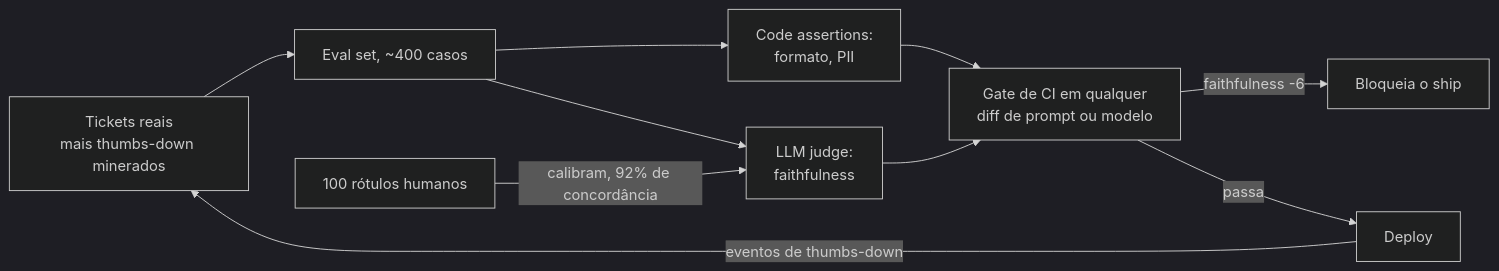
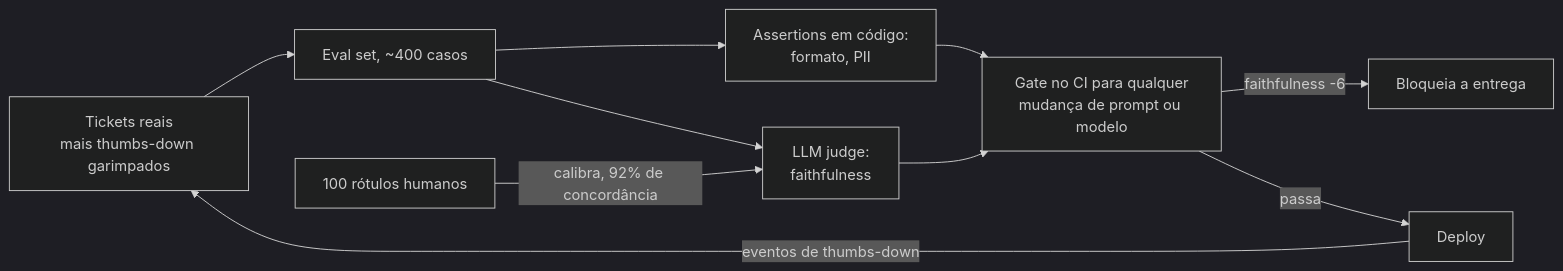
The first of 13 diagrams in 13-interview-process-and-behavioral/questions.pt-BR.md (andrevberaldo/AI-Engineer-Interview-Questions), drawn with Mermaid (dark theme) before and after one commit. The commit also changed other lines of this file and 1 other file, not shown here.

````diff
--- a/13-interview-process-and-behavioral/questions.pt-BR.md
+++ b/13-interview-process-and-behavioral/questions.pt-BR.md
@@ -220,12 +220,12 @@
 ```mermaid
 flowchart LR
-    A["Tickets reais<br/>mais thumbs-down minerados"] --> B["Eval set, ~400 casos"]
-    B --> C["Code assertions:<br/>formato, PII"]
+    A["Tickets reais<br/>mais thumbs-down garimpados"] --> B["Eval set, ~400 casos"]
+    B --> C["Assertions em código:<br/>formato, PII"]
     B --> D["LLM judge:<br/>faithfulness"]
-    E["100 rótulos humanos"] -->|"calibram, 92% de concordância"| D
-    C --> F["Gate de CI em qualquer<br/>diff de prompt ou modelo"]
+    E["100 rótulos humanos"] -->|"calibra, 92% de concordância"| D
+    C --> F["Gate no CI para qualquer<br/>mudança de prompt ou modelo"]
     D --> F
-    F -->|"faithfulness -6"| G["Bloqueia o ship"]
+    F -->|"faithfulness -6"| G["Bloqueia a entrega"]
     F -->|"passa"| H["Deploy"]
     H -->|"eventos de thumbs-down"| A
 ```
````
